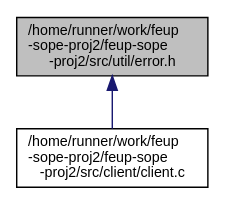
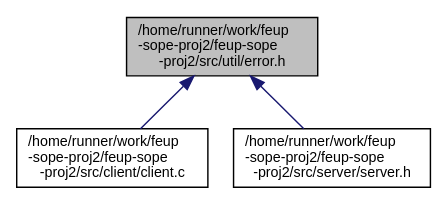
Before and after one commit to ctrlMarcio/feup-sope-proj2: the diagram in error_8h__dep__incl.dot, drawn with Graphviz. The commit also changed 53 other files, not shown here.

```diff
--- a/error_8h__dep__incl.dot
+++ b/error_8h__dep__incl.dot
@@ -1,8 +1,10 @@
 digraph "/home/runner/work/feup-sope-proj2/feup-sope-proj2/src/util/error.h"
 {
   edge [fontname="Helvetica",fontsize="10",labelfontname="Helvetica",labelfontsize="10"];
   node [fontname="Helvetica",fontsize="10",shape=record];
   Node1 [label="/home/runner/work/feup\l-sope-proj2/feup-sope\l-proj2/src/util/error.h",height=0.2,width=0.4,color="black", fillcolor="grey75", style="filled", fontcolor="black"];
   Node1 -> Node2 [dir="back",color="midnightblue",fontsize="10",style="solid",fontname="Helvetica"];
   Node2 [label="/home/runner/work/feup\l-sope-proj2/feup-sope\l-proj2/src/client/client.c",height=0.2,width=0.4,color="black", fillcolor="white", style="filled",URL="$client_8c.html",tooltip="Runs the main client operations. "];
+  Node1 -> Node3 [dir="back",color="midnightblue",fontsize="10",style="solid",fontname="Helvetica"];
+  Node3 [label="/home/runner/work/feup\l-sope-proj2/feup-sope\l-proj2/src/server/server.h",height=0.2,width=0.4,color="black", fillcolor="white", style="filled",URL="$server_8h.html",tooltip="Methods related to the server side. "];
 }
```
